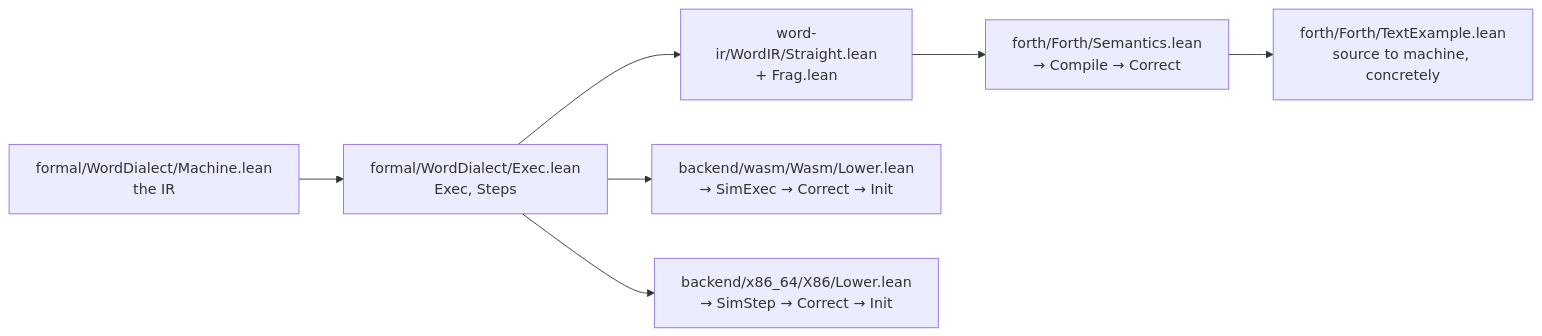
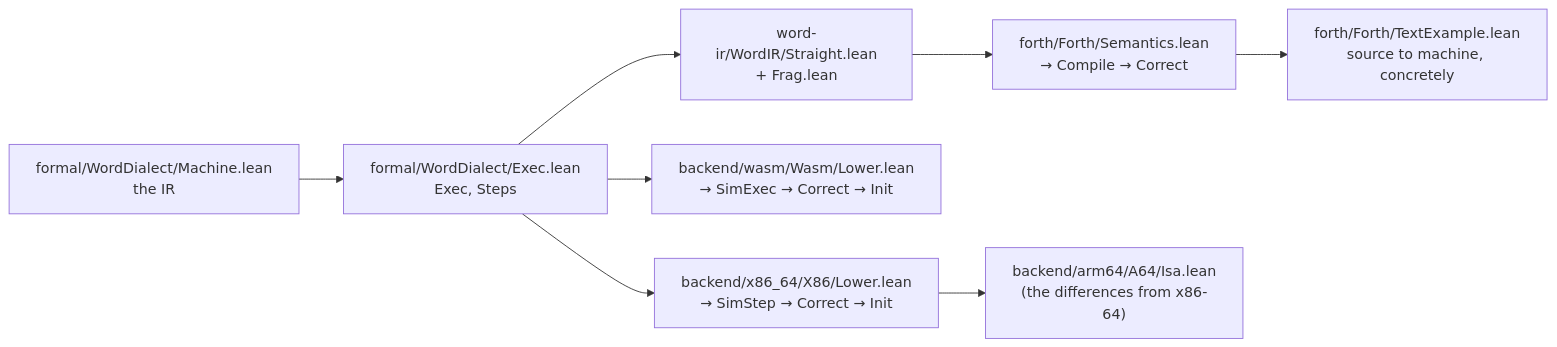
Before and after one commit to SNAPKITTYAGENT9NOVA/ai-free: diagram 17 of 17 in docs/README.md, drawn with Mermaid. The commit also changed other lines of this file and 28 other files, not shown here.

````diff
--- a/docs/README.md
+++ b/docs/README.md
@@ -947,9 +1003,10 @@
 ```mermaid
 flowchart LR
   A["formal/WordDialect/Machine.lean<br/>the IR"] --> B["formal/WordDialect/Exec.lean<br/>Exec, Steps"]
   B --> C["word-ir/WordIR/Straight.lean<br/>+ Frag.lean"]
   C --> D["forth/Forth/Semantics.lean<br/>→ Compile → Correct"]
   B --> E["backend/wasm/Wasm/Lower.lean<br/>→ SimExec → Correct → Init"]
   B --> F["backend/x86_64/X86/Lower.lean<br/>→ SimStep → Correct → Init"]
+  F --> AA["backend/arm64/A64/Isa.lean<br/>(the differences from x86-64)"]
   D --> G["forth/Forth/TextExample.lean<br/>source to machine, concretely"]
 ```
````
